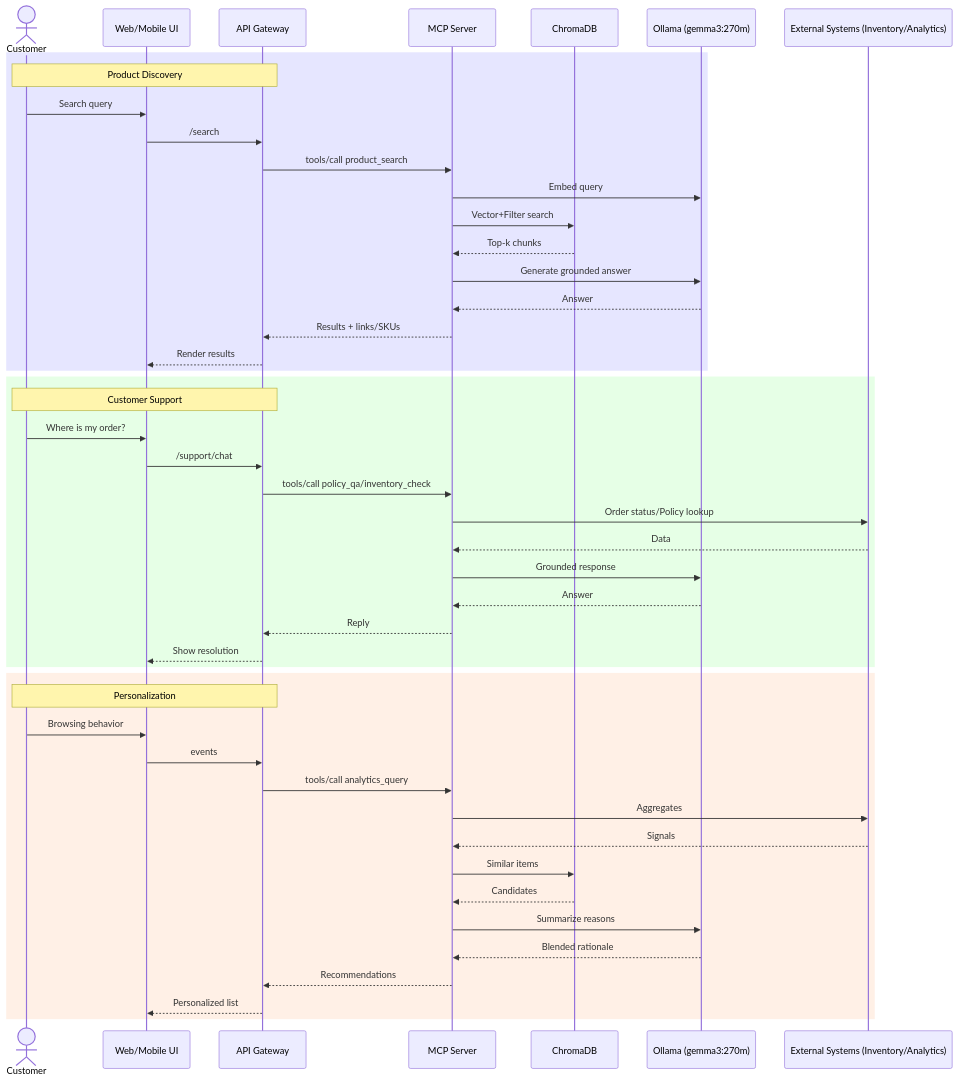
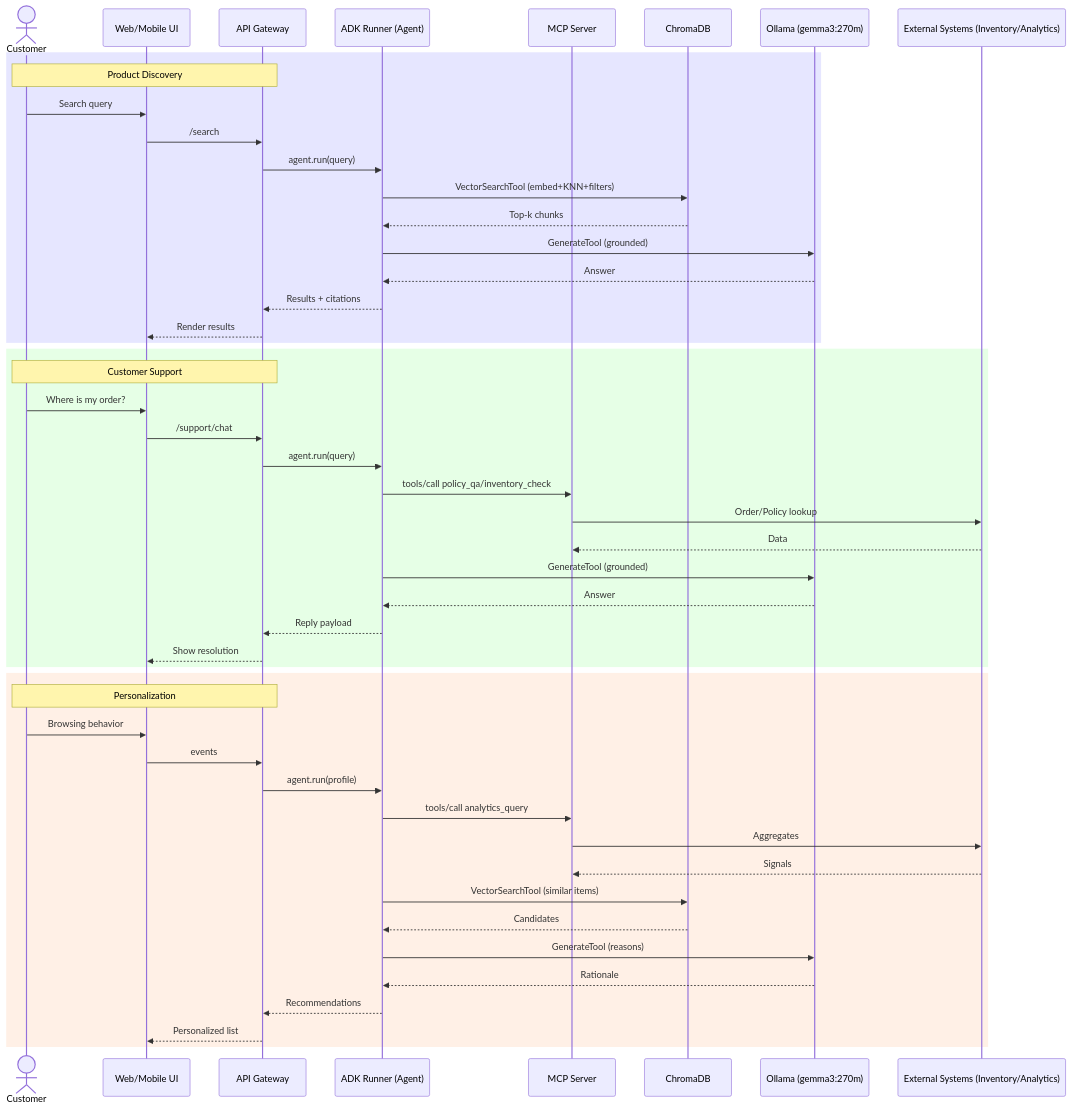
Before and after one commit to abh1hi/ecommerce-retail-rag-mcp: the diagram in docs/diagrams/06_customer_journeys.md, drawn with Mermaid. The commit also changed other lines of this file, not shown here.

Commit message:
Update customer journey sequence diagram to reflect ADK runner orchestration

````diff
--- a/docs/diagrams/06_customer_journeys.md
+++ b/docs/diagrams/06_customer_journeys.md
@@ -3,52 +3,54 @@
 ```mermaid
 sequenceDiagram
   actor C as Customer
   participant UI as Web/Mobile UI
   participant API as API Gateway
+  participant ADK as ADK Runner (Agent)
   participant MCP as MCP Server
   participant DB as ChromaDB
   participant O as Ollama (gemma3:270m)
   participant EXT as External Systems (Inventory/Analytics)
 
   rect rgb(230,230,255)
   Note over C,API: Product Discovery
   C->>UI: Search query
   UI->>API: /search
-  API->>MCP: tools/call product_search
-  MCP->>O: Embed query
-  MCP->>DB: Vector+Filter search
-  DB-->>MCP: Top-k chunks
-  MCP->>O: Generate grounded answer
-  O-->>MCP: Answer
-  MCP-->>API: Results + links/SKUs
+  API->>ADK: agent.run(query)
+  ADK->>DB: VectorSearchTool (embed+KNN+filters)
+  DB-->>ADK: Top-k chunks
+  ADK->>O: GenerateTool (grounded)
+  O-->>ADK: Answer
+  ADK-->>API: Results + citations
   API-->>UI: Render results
   end
 
   rect rgb(230,255,230)
   Note over C,API: Customer Support
   C->>UI: Where is my order?
   UI->>API: /support/chat
-  API->>MCP: tools/call policy_qa/inventory_check
-  MCP->>EXT: Order status/Policy lookup
+  API->>ADK: agent.run(query)
+  ADK->>MCP: tools/call policy_qa/inventory_check
+  MCP->>EXT: Order/Policy lookup
   EXT-->>MCP: Data
-  MCP->>O: Grounded response
-  O-->>MCP: Answer
-  MCP-->>API: Reply
+  ADK->>O: GenerateTool (grounded)
+  O-->>ADK: Answer
+  ADK-->>API: Reply payload
   API-->>UI: Show resolution
   end
 
   rect rgb(255,240,230)
   Note over C,API: Personalization
   C->>UI: Browsing behavior
   UI->>API: events
-  API->>MCP: tools/call analytics_query
+  API->>ADK: agent.run(profile)
+  ADK->>MCP: tools/call analytics_query
   MCP->>EXT: Aggregates
   EXT-->>MCP: Signals
-  MCP->>DB: Similar items
-  DB-->>MCP: Candidates
-  MCP->>O: Summarize reasons
-  O-->>MCP: Blended rationale
-  MCP-->>API: Recommendations
+  ADK->>DB: VectorSearchTool (similar items)
+  DB-->>ADK: Candidates
+  ADK->>O: GenerateTool (reasons)
+  O-->>ADK: Rationale
+  ADK-->>API: Recommendations
   API-->>UI: Personalized list
   end
 ```
````
